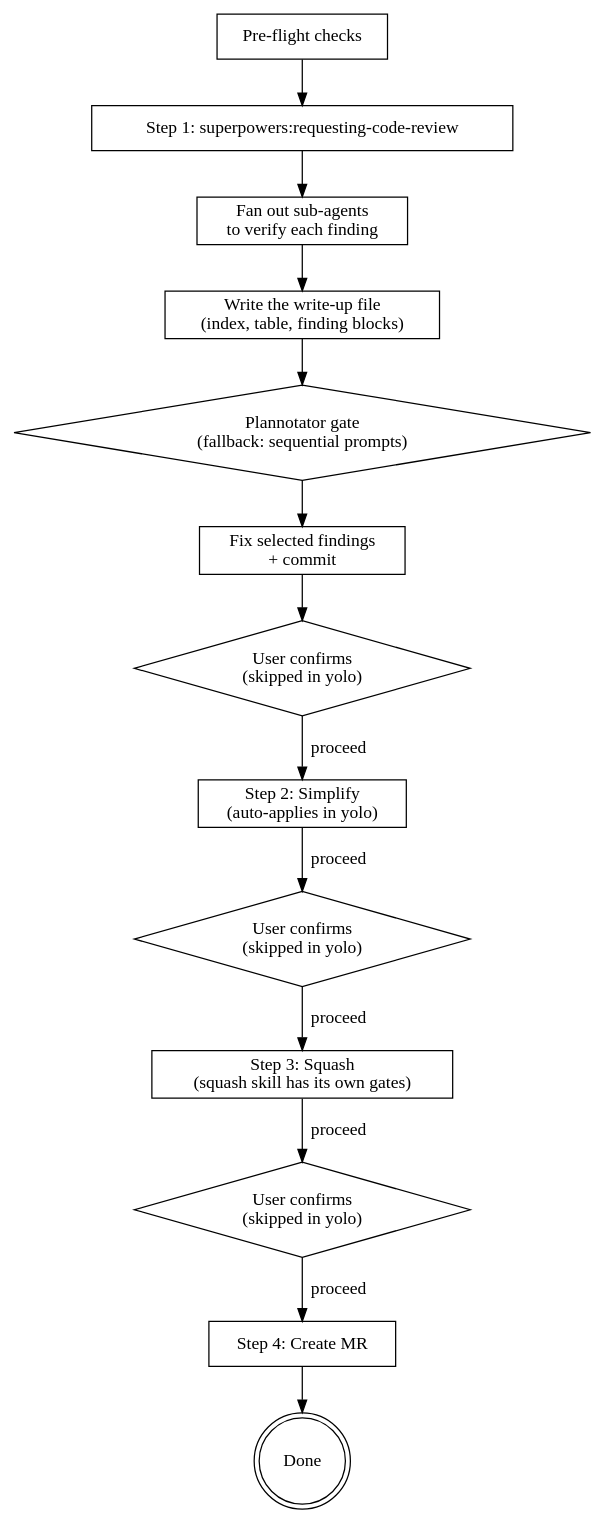
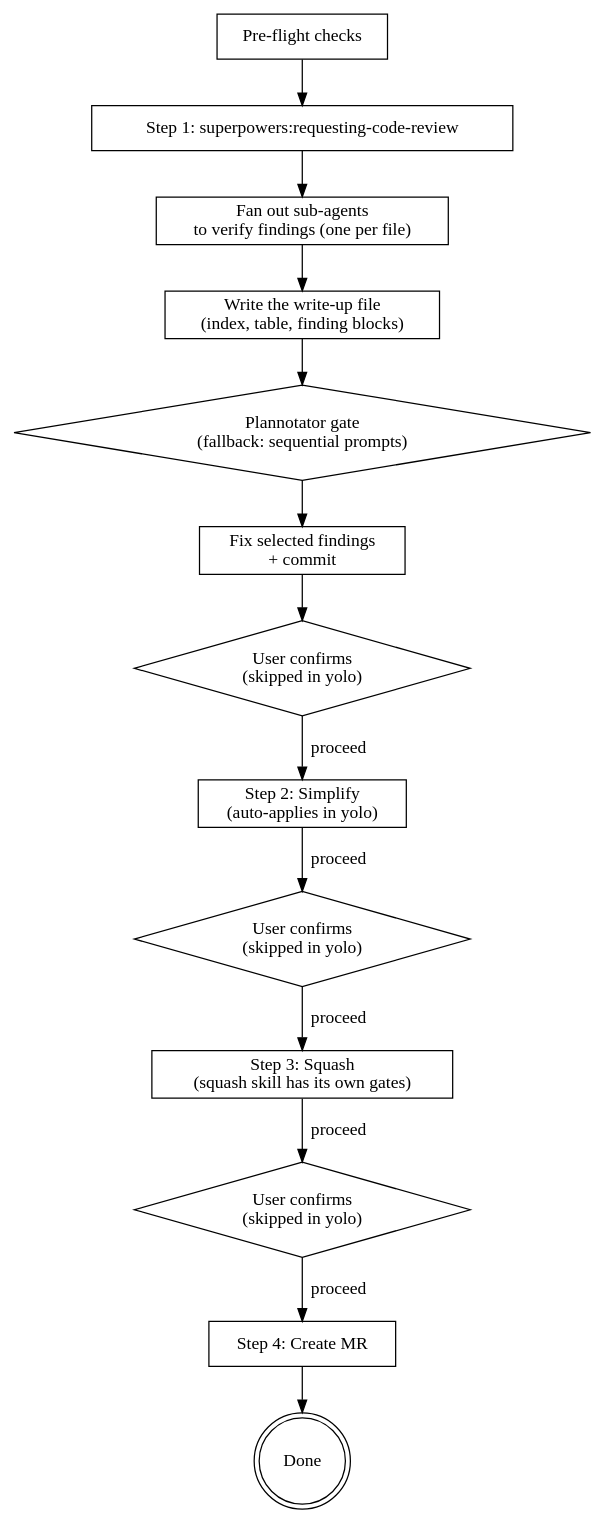
The diagram in skills/finalize-branch/SKILL.md (Minkey27/ai-skills), drawn with Graphviz before and after one commit. The commit also changed other lines of this file and 2 other files, not shown here.

First line of the commit message:
refactor(skills): verify findings per file, drop tiering, condense prose

````diff
--- a/skills/finalize-branch/SKILL.md
+++ b/skills/finalize-branch/SKILL.md
@@ -71,26 +65,26 @@
 ```dot
 digraph finalize {
     rankdir=TB;
     node [shape=box];
 
     preflight [label="Pre-flight checks"];
     review [label="Step 1: superpowers:requesting-code-review"];
-    verify [label="Fan out sub-agents\nto verify each finding"];
+    verify [label="Fan out sub-agents\nto verify findings (one per file)"];
     present [label="Write the write-up file\n(index, table, finding blocks)"];
     curate [label="Plannotator gate\n(fallback: sequential prompts)" shape=diamond];
     fix [label="Fix selected findings\n+ commit"];
     gate1 [label="User confirms\n(skipped in yolo)" shape=diamond];
     simplify [label="Step 2: Simplify\n(auto-applies in yolo)"];
     gate2 [label="User confirms\n(skipped in yolo)" shape=diamond];
     squash [label="Step 3: Squash\n(squash skill has its own gates)"];
     gate3 [label="User confirms\n(skipped in yolo)" shape=diamond];
     mr [label="Step 4: Create MR"];
     done [label="Done" shape=doublecircle];
 
     preflight -> review -> verify -> present -> curate -> fix -> gate1;
     gate1 -> simplify [label="proceed"];
     simplify -> gate2 -> squash [label="proceed"];
     squash -> gate3 -> mr [label="proceed"];
     mr -> done;
 }
 ```
````
